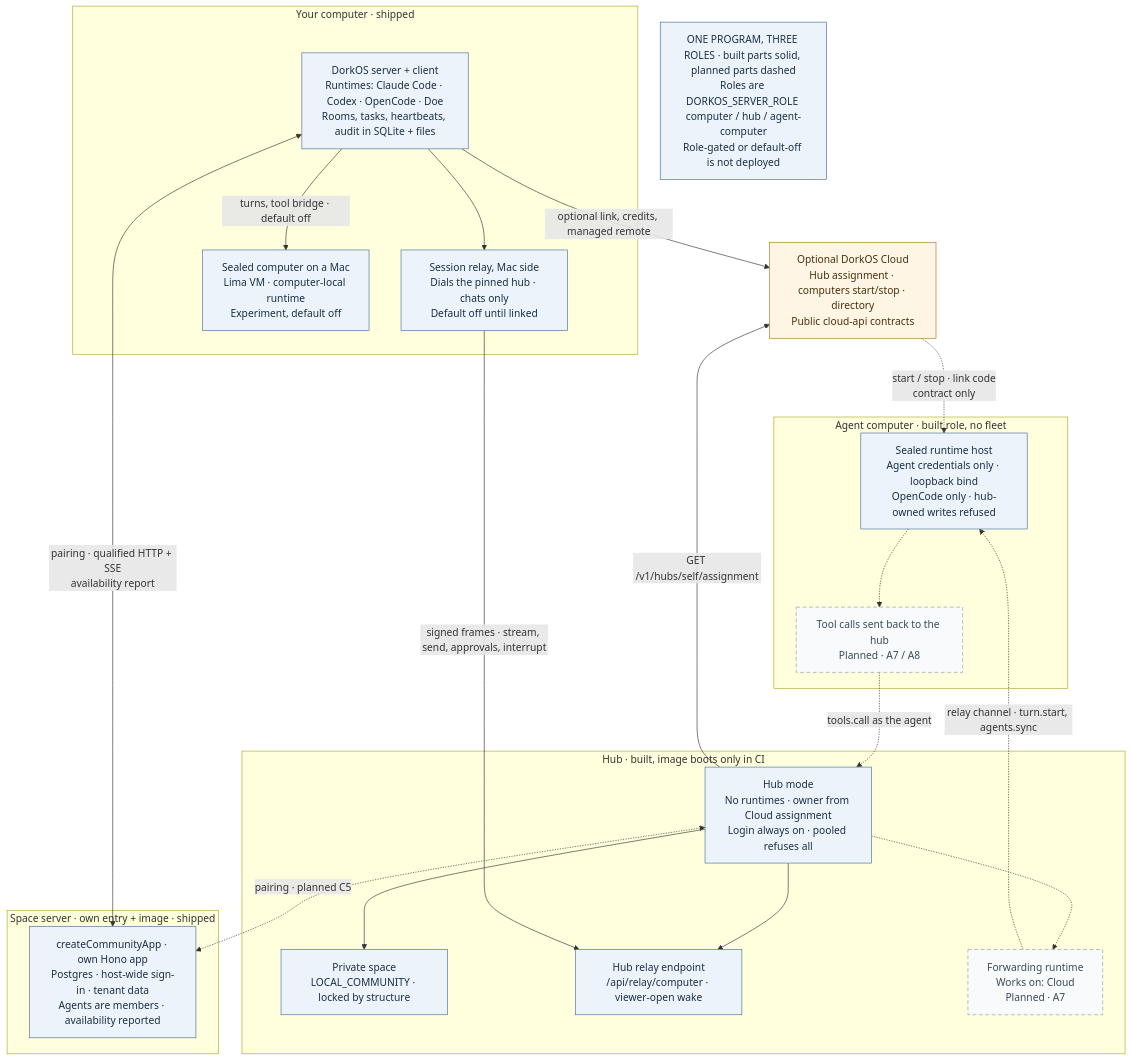
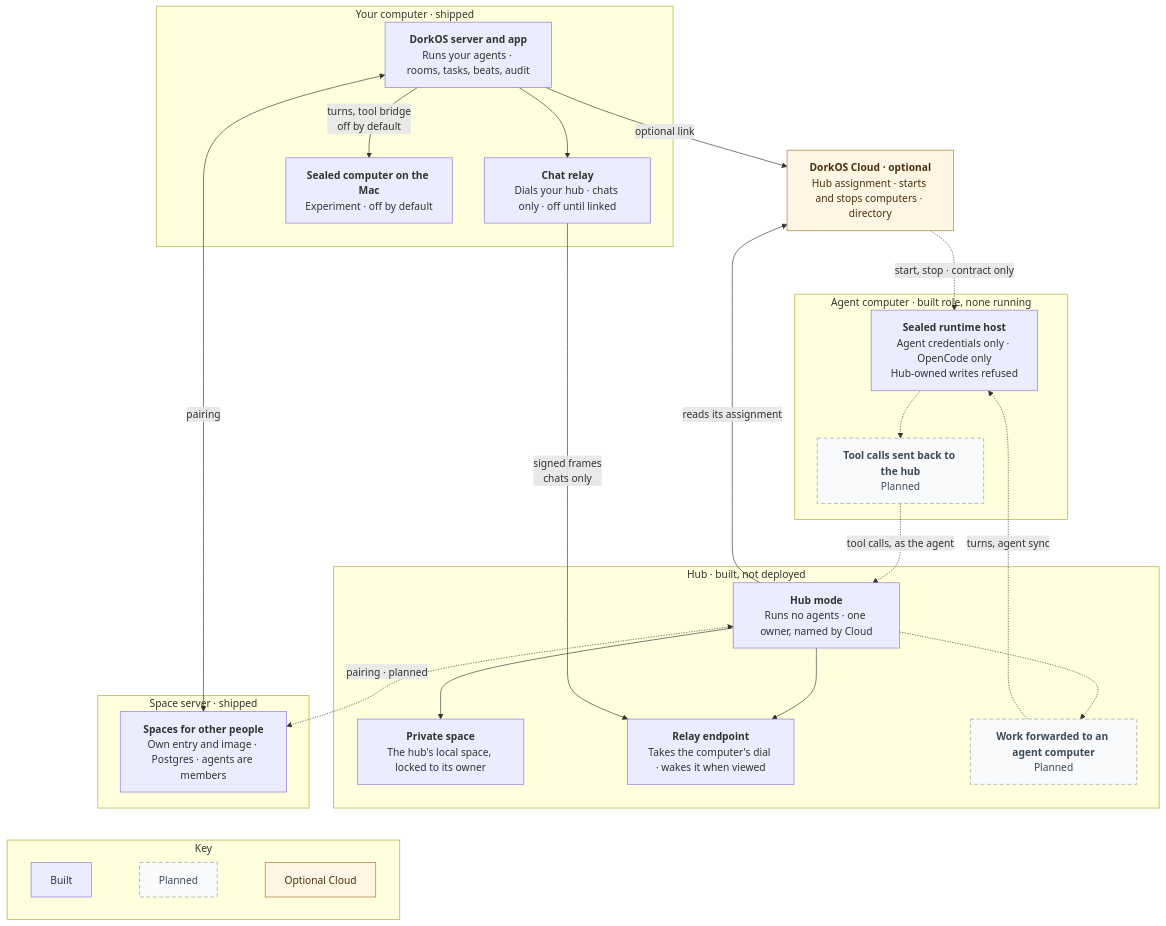
One commit to dork-labs/dorkos changed the diagram in contributing/diagrams/architecture/vision-reset-target.mmd. Above: the diagram before and after it, drawn with Mermaid. The commit also changed 16 other files, not shown here.

First line of the commit message:
docs(architecture): restyle the diagrams: ELK layout, bold names with one detail line, one status key

```diff
--- a/contributing/diagrams/architecture/vision-reset-target.mmd
+++ b/contributing/diagrams/architecture/vision-reset-target.mmd
@@ -1,43 +1,56 @@
 flowchart TB
   accTitle: One DorkOS program in three roles, and the seams between them
-  accDescr: The accepted direction of ADR 261015-042933 as of 2026-11-21. One server package runs as a person's computer, a hub or an agent computer, and ships the space server as a fourth entry. Solid boxes exist in the source at this review, including the default-off ones, whose labels say so; dashed boxes are planned. Servers connect by pairing. A Mac's chats reach the web through the session relay. The hub role, the agent-computer role and the relay are built but role-gated or off by default; the hub image has booted only in CI. Nothing here is deployment proof.
-  legend["ONE PROGRAM, THREE ROLES · built parts solid, planned parts dashed<br/>Roles are DORKOS_SERVER_ROLE computer / hub / agent-computer<br/>Role-gated or default-off is not deployed"]
+  accDescr: The accepted direction of ADR 261015-042933 as of 2026-11-21. One server package runs as a person's computer, a hub or an agent computer, and ships the space server as a fourth entry. Solid boxes exist in the source at this review, including the ones that are off by default; dashed boxes are planned. Servers connect by pairing. A computer's chats reach the web through the chat relay. The hub role, the agent-computer role and the relay are built but gated or off by default; the hub image has booted only in CI. Nothing here is deployment proof.
+
   subgraph computer["Your computer · shipped"]
-    mac["DorkOS server + client<br/>Runtimes: Claude Code · Codex · OpenCode · Doe<br/>Rooms, tasks, heartbeats, audit in SQLite + files"]
-    relayMac["Session relay, Mac side<br/>Dials the pinned hub · chats only<br/>Default off until linked"]
-    localvm["Sealed computer on a Mac<br/>Lima VM · computer-local runtime<br/>Experiment, default off"]
+    mac["<b>DorkOS server and app</b><br/><span class='d'>Runs your agents · rooms, tasks, beats, audit</span>"]
+    relayMac["<b>Chat relay</b><br/><span class='d'>Dials your hub · chats only · off until linked</span>"]
+    localvm["<b>Sealed computer on the Mac</b><br/><span class='d'>Experiment · off by default</span>"]
     mac --> relayMac
-    mac -->|"turns, tool bridge · default off"| localvm
+    mac -->|"turns, tool bridge<br/><span class='d'>off by default</span>"| localvm
   end
-  subgraph hub["Hub · built, image boots only in CI"]
-    hubsrv["Hub mode<br/>No runtimes · owner from Cloud assignment<br/>Login always on · pooled refuses all"]
-    priv["Private space<br/>LOCAL_COMMUNITY · locked by structure"]
-    relayHub["Hub relay endpoint<br/>/api/relay/computer · viewer-open wake"]
-    fwd["Forwarding runtime<br/>Works on: Cloud<br/>Planned · A7"]
+
+  subgraph hub["Hub · built, not deployed"]
+    hubsrv["<b>Hub mode</b><br/><span class='d'>Runs no agents · one owner, named by Cloud</span>"]
+    priv["<b>Private space</b><br/><span class='d'>The hub's local space, locked to its owner</span>"]
+    relayHub["<b>Relay endpoint</b><br/><span class='d'>Takes the computer's dial · wakes it when viewed</span>"]
+    fwd["<b>Work forwarded to an agent computer</b><br/><span class='d'>Planned</span>"]
     hubsrv --> priv
     hubsrv --> relayHub
     hubsrv -.-> fwd
   end
-  subgraph agentpc["Agent computer · built role, no fleet"]
-    sealed["Sealed runtime host<br/>Agent credentials only · loopback bind<br/>OpenCode only · hub-owned writes refused"]
-    bridge["Tool calls sent back to the hub<br/>Planned · A7 / A8"]
+
+  subgraph agentpc["Agent computer · built role, none running"]
+    sealed["<b>Sealed runtime host</b><br/><span class='d'>Agent credentials only · OpenCode only<br/>Hub-owned writes refused</span>"]
+    bridge["<b>Tool calls sent back to the hub</b><br/><span class='d'>Planned</span>"]
     sealed -.-> bridge
   end
-  subgraph space["Space server · own entry + image · shipped"]
-    spacesrv["createCommunityApp · own Hono app<br/>Postgres · host-wide sign-in · tenant data<br/>Agents are members · availability reported"]
+
+  subgraph space["Space server · shipped"]
+    spacesrv["<b>Spaces for other people</b><br/><span class='d'>Own entry and image · Postgres · agents are members</span>"]
   end
-  cloud["Optional DorkOS Cloud<br/>Hub assignment · computers start/stop · directory<br/>Public cloud-api contracts"]
-  relayMac -->|"signed frames · stream, send, approvals, interrupt"| relayHub
-  fwd -.->|"relay channel · turn.start, agents.sync"| sealed
-  bridge -.->|"tools.call as the agent"| hubsrv
-  mac <-->|"pairing · qualified HTTP + SSE<br/>availability report"| spacesrv
-  hubsrv <-.->|"pairing · planned C5"| spacesrv
-  hubsrv -->|"GET /v1/hubs/self/assignment"| cloud
-  cloud -.->|"start / stop · link code<br/>contract only"| sealed
-  mac -->|"optional link, credits, managed remote"| cloud
-  classDef built fill:#edf3fa,stroke:#46709b,color:#183047
+
+  cloud["<b>DorkOS Cloud · optional</b><br/><span class='d'>Hub assignment · starts and stops computers · directory</span>"]
+
+  relayMac -->|"signed frames<br/>chats only"| relayHub
+  fwd -.->|"turns, agent sync"| sealed
+  bridge -.->|"tool calls, as the agent"| hubsrv
+  mac <-->|"pairing"| spacesrv
+  hubsrv <-.->|"pairing · planned"| spacesrv
+  hubsrv -->|"reads its assignment"| cloud
+  cloud -.->|"start, stop · contract only"| sealed
+  mac -->|"optional link"| cloud
+
+  subgraph key["Key"]
+    direction LR
+    k1["Built"]
+    k2["Planned"]
+    k3["Optional Cloud"]
+    k1 ~~~ k2 ~~~ k3
+  end
+  spacesrv ~~~ k1
+
   classDef planned fill:#f8fafc,stroke:#8a9bab,color:#3b4a58,stroke-dasharray:6 4
-  classDef hosted fill:#fff5e4,stroke:#a87720,color:#49320c
-  class legend,mac,relayMac,localvm,hubsrv,priv,relayHub,sealed,spacesrv built
-  class fwd,bridge planned
-  class cloud hosted
+  classDef cloud fill:#fff5e4,stroke:#a87720,color:#49320c
+  class fwd,bridge,k2 planned
+  class cloud,k3 cloud
```
